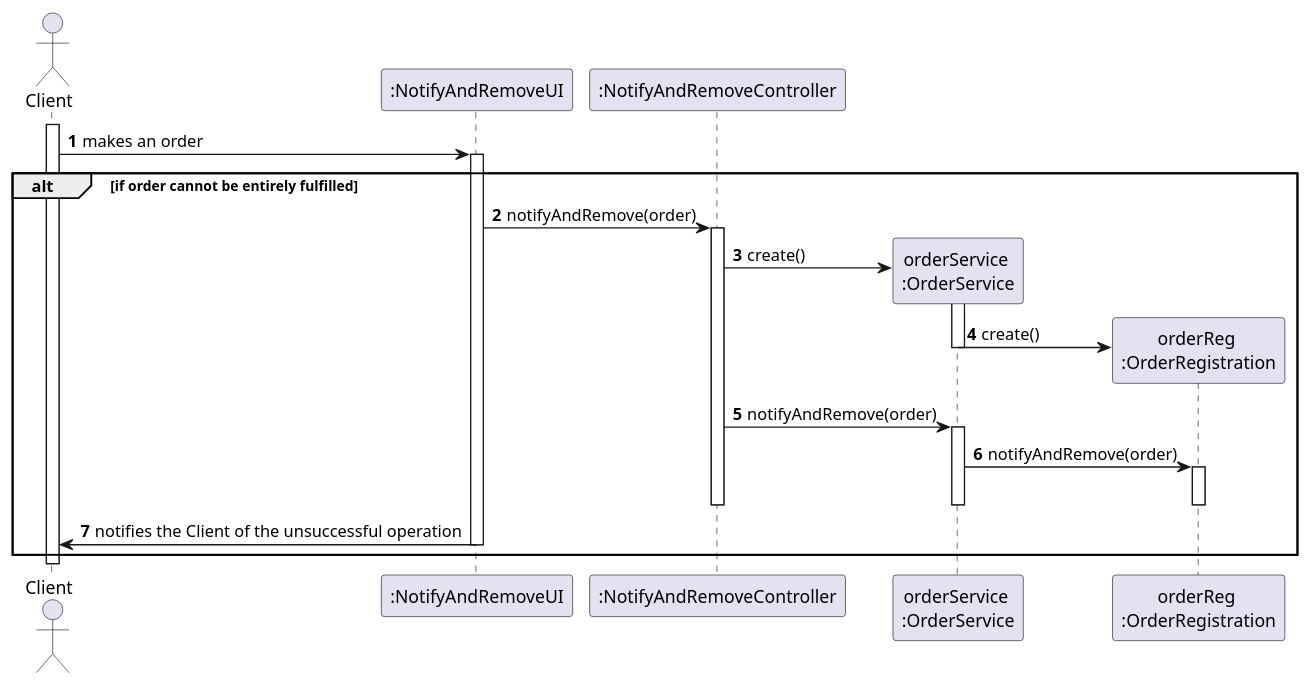
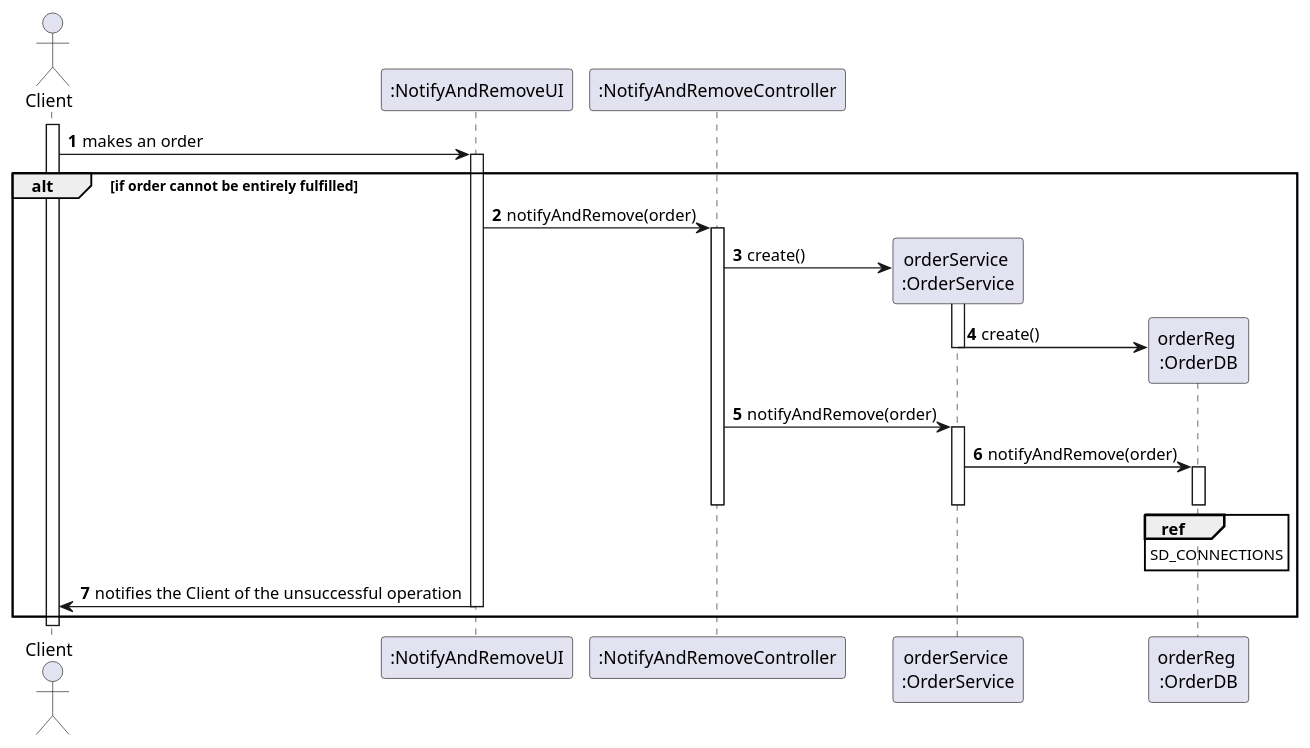
The diagram in docs/Iteration 3/Make An Order/Refinement/US74_NotifyAndRemove/US74_SD.puml (tiagoavcosta25/LAPR3), drawn with PlantUML before and after one commit. The commit also changed 10 other files, not shown here.

```diff
--- a/docs/Iteration 3/Make An Order/Refinement/US74_NotifyAndRemove/US74_SD.puml
+++ b/docs/Iteration 3/Make An Order/Refinement/US74_NotifyAndRemove/US74_SD.puml
@@ -1,36 +1,37 @@
 @startuml
 autonumber
 actor "Client" as Client
 
 participant ":NotifyAndRemoveUI" as UI
 participant ":NotifyAndRemoveController" as CTRL
 participant "orderService \n:OrderService" as ORDERSV
-participant "orderReg \n:OrderRegistration" as RF
+participant "orderReg \n:OrderDB" as RF
 
 
 activate Client
 
 Client -> UI : makes an order
 alt if order cannot be entirely fulfilled
 activate UI
 UI -> CTRL : notifyAndRemove(order)
 activate CTRL
 CTRL -> ORDERSV** :create()
 activate ORDERSV
 ORDERSV -> RF** : create()
 deactivate ORDERSV
 CTRL -> ORDERSV : notifyAndRemove(order)
 activate ORDERSV
 ORDERSV -> RF : notifyAndRemove(order)
+ref over RF : SD_CONNECTIONS
 activate RF
 deactivate ORDERSV
 deactivate RF
 deactivate CTRL
 
 
 UI -> Client : notifies the Client of the unsuccessful operation
 deactivate UI
 end
 deactivate Client
 
 @enduml
```
